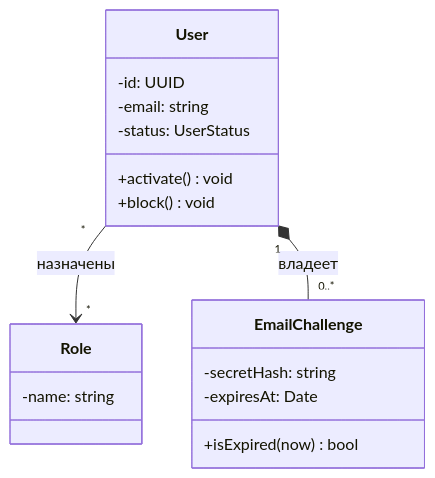
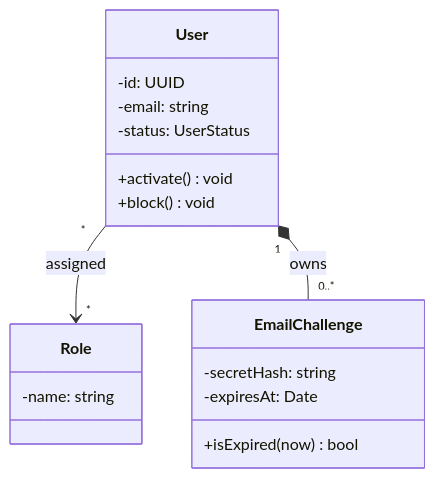
The second of 8 diagrams in courses-content/backend/A/1/en/0.2 UML-диаграммы.md (pavel-skripko-innowise/inno-fe-be-a1), drawn with Mermaid before and after one commit. The commit also changed other lines of this file and 35 other files, not shown here.

````diff
--- a/courses-content/backend/A/1/en/0.2 UML-диаграммы.md
+++ b/courses-content/backend/A/1/en/0.2 UML-диаграммы.md
@@ -108,20 +108,20 @@
 ```mermaid
 classDiagram
   class User {
     -id: UUID
     -email: string
     -status: UserStatus
     +activate() void
     +block() void
   }
   class Role {
     -name: string
   }
   class EmailChallenge {
     -secretHash: string
     -expiresAt: Date
     +isExpired(now) bool
   }
-  User "*" --> "*" Role : назначены
-  User "1" *-- "0..*" EmailChallenge : владеет
+  User "*" --> "*" Role : assigned
+  User "1" *-- "0..*" EmailChallenge : owns
 ```
````
